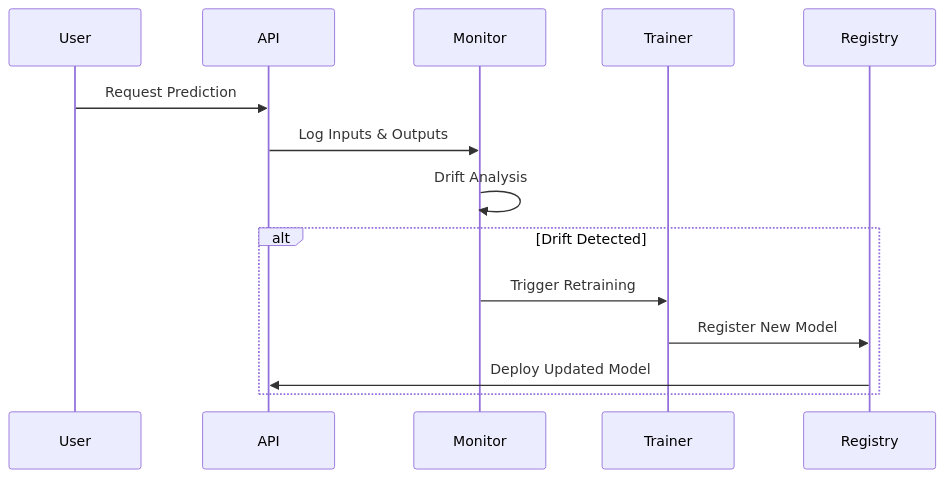
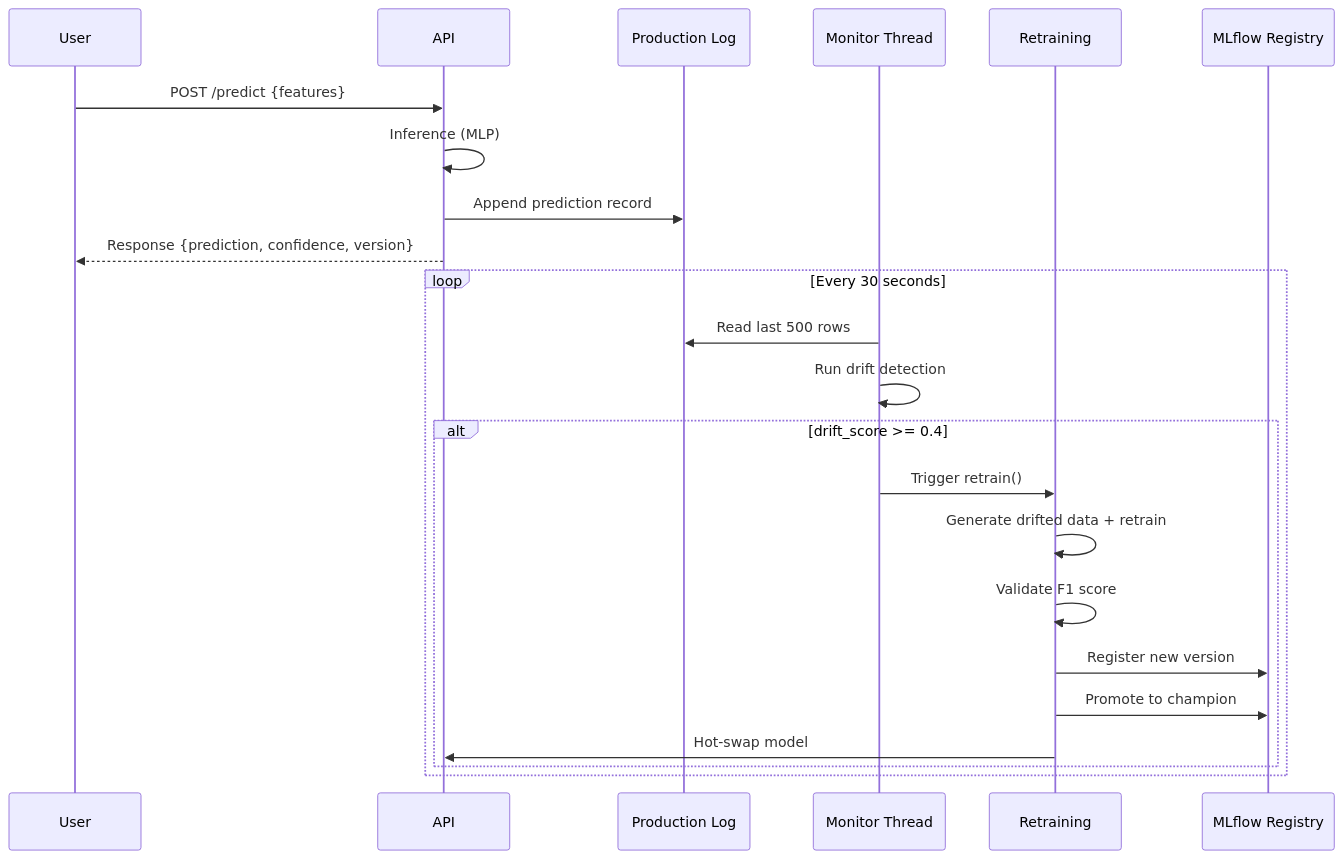
The second of 2 diagrams in README.md (Sandhiya0305/Model-Reviver), drawn with Mermaid before and after one commit. The commit also changed other lines of this file and 1 other file, not shown here.

````diff
--- a/README.md
+++ b/README.md
@@ -103,25 +97,28 @@
 ```mermaid
 sequenceDiagram
-
-participant User
-participant API
-participant Monitor
-participant Trainer
-participant Registry
-
-User->>API: Request Prediction
-
-API->>Monitor: Log Inputs & Outputs
-
-Monitor->>Monitor: Drift Analysis
-
-alt Drift Detected
-
-Monitor->>Trainer: Trigger Retraining
-
-Trainer->>Registry: Register New Model
-
-Registry->>API: Deploy Updated Model
-
-end
+    participant U as User
+    participant API
+    participant Log as Production Log
+    participant M as Monitor Thread
+    participant R as Retraining
+    participant ML as MLflow Registry
+    
+    U->>API: POST /predict {features}
+    API->>API: Inference (MLP)
+    API->>Log: Append prediction record
+    API-->>U: Response {prediction, confidence, version}
+    
+    loop Every 30 seconds
+        M->>Log: Read last 500 rows
+        M->>M: Run drift detection
+        
+        alt drift_score >= 0.4
+            M->>R: Trigger retrain()
+            R->>R: Generate drifted data + retrain
+            R->>R: Validate F1 score
+            R->>ML: Register new version
+            R->>ML: Promote to champion
+            R->>API: Hot-swap model
+        end
+    end
 ```
````
